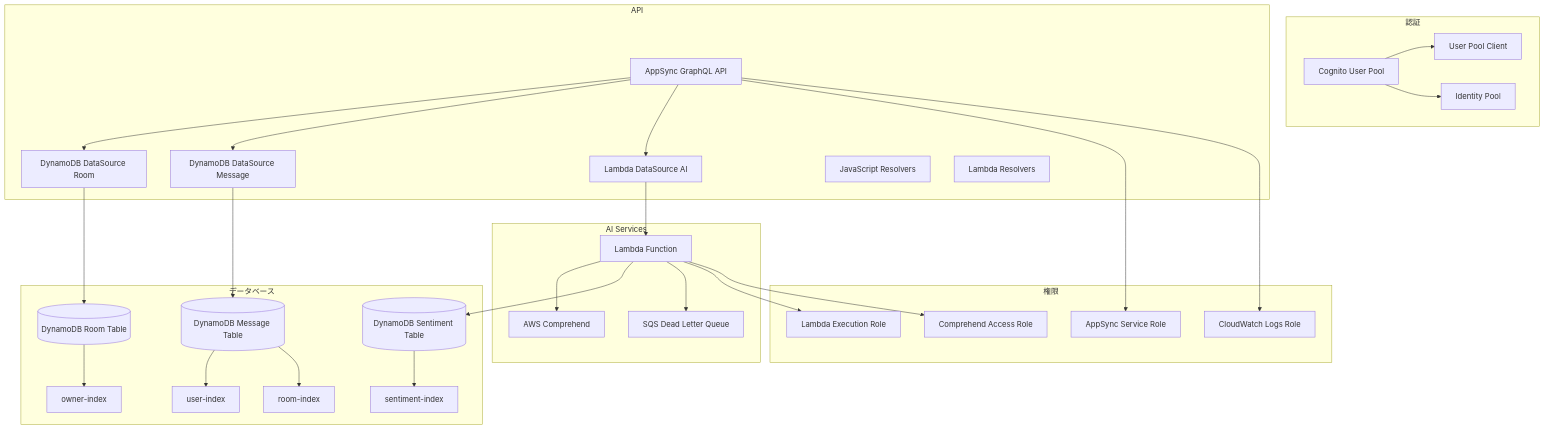
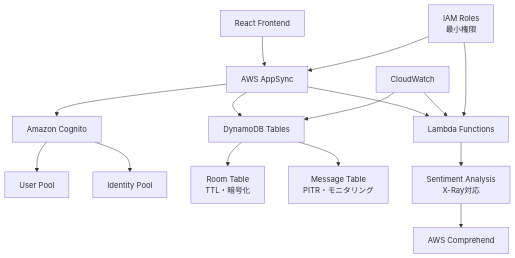
One commit to keitti73/chat_app_by_ai changed the diagram in infra/README.md. Above: the diagram before and after it, drawn with Mermaid. The commit also changed other lines of this file and 24 other files, not shown here.

First line of the commit message:
feat: Implement comprehensive AWS infrastructure for AppSync chat application

````diff
--- a/infra/README.md
+++ b/infra/README.md
@@ -45,60 +18,21 @@
 ```mermaid
 graph TB
-    subgraph "認証"
-        UP[Cognito User Pool]
-        UPC[User Pool Client]
-        IP[Identity Pool]
-    end
+    A[React Frontend] --> B[AWS AppSync]
+    B --> C[Amazon Cognito]
+    B --> D[DynamoDB Tables]
+    B --> E[Lambda Functions]
     
-    subgraph "API"
-        AS[AppSync GraphQL API]
-        DS1[DynamoDB DataSource Room]
-        DS2[DynamoDB DataSource Message]
-        DS3[Lambda DataSource AI]
-        RES[JavaScript Resolvers]
-        LAMBDA_RES[Lambda Resolvers]
-    end
+    C --> F[User Pool]
+    C --> G[Identity Pool]
     
-    subgraph "AI Services"
-        LAMBDA[Lambda Function]
-        COMPREHEND[AWS Comprehend]
-        SQS[SQS Dead Letter Queue]
-    end
+    D --> H[Room Table<br/>TTL・暗号化]
+    D --> I[Message Table<br/>PITR・モニタリング]
     
-    subgraph "データベース"
-        ROOM[(DynamoDB Room Table)]
-        MSG[(DynamoDB Message Table)]
-        SENTIMENT[(DynamoDB Sentiment Table)]
-        GSI1[owner-index]
-        GSI2[user-index]
-        GSI3[room-index]
-        GSI4[sentiment-index]
-    end
+    E --> J[Sentiment Analysis<br/>X-Ray対応]
+    J --> K[AWS Comprehend]
     
-    subgraph "権限"
-        IAM_AS[AppSync Service Role]
-        IAM_CW[CloudWatch Logs Role]
-        IAM_LAMBDA[Lambda Execution Role]
-        IAM_COMPREHEND[Comprehend Access Role]
-    end
-    
-    UP --> UPC
-    UP --> IP
-    AS --> DS1
-    AS --> DS2
-    AS --> DS3
-    DS1 --> ROOM
-    DS2 --> MSG
-    DS3 --> LAMBDA
-    LAMBDA --> COMPREHEND
-    LAMBDA --> SENTIMENT
-    LAMBDA --> SQS
-    ROOM --> GSI1
-    MSG --> GSI2
-    MSG --> GSI3
-    SENTIMENT --> GSI4
-    AS --> IAM_AS
-    AS --> IAM_CW
-    LAMBDA --> IAM_LAMBDA
-    LAMBDA --> IAM_COMPREHEND
+    L[CloudWatch] --> D
+    L --> E
+    M[IAM Roles<br/>最小権限] --> B
+    M --> E
 ```
````
